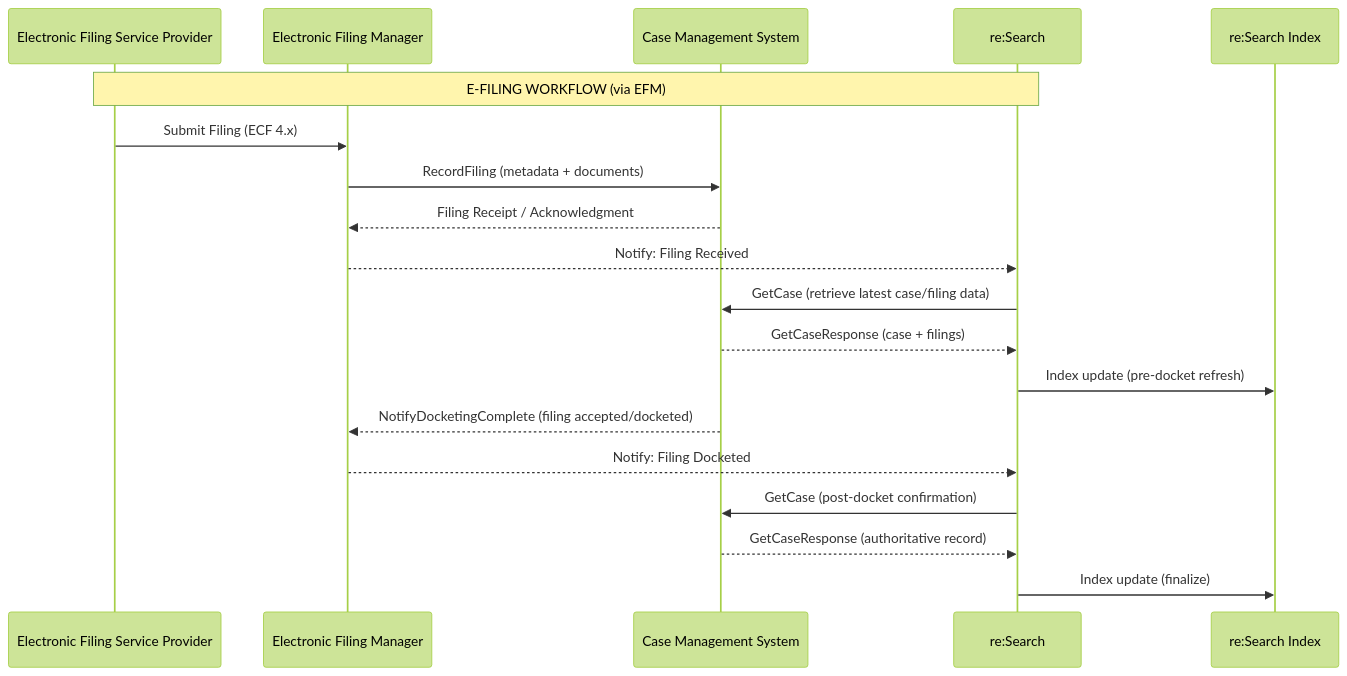
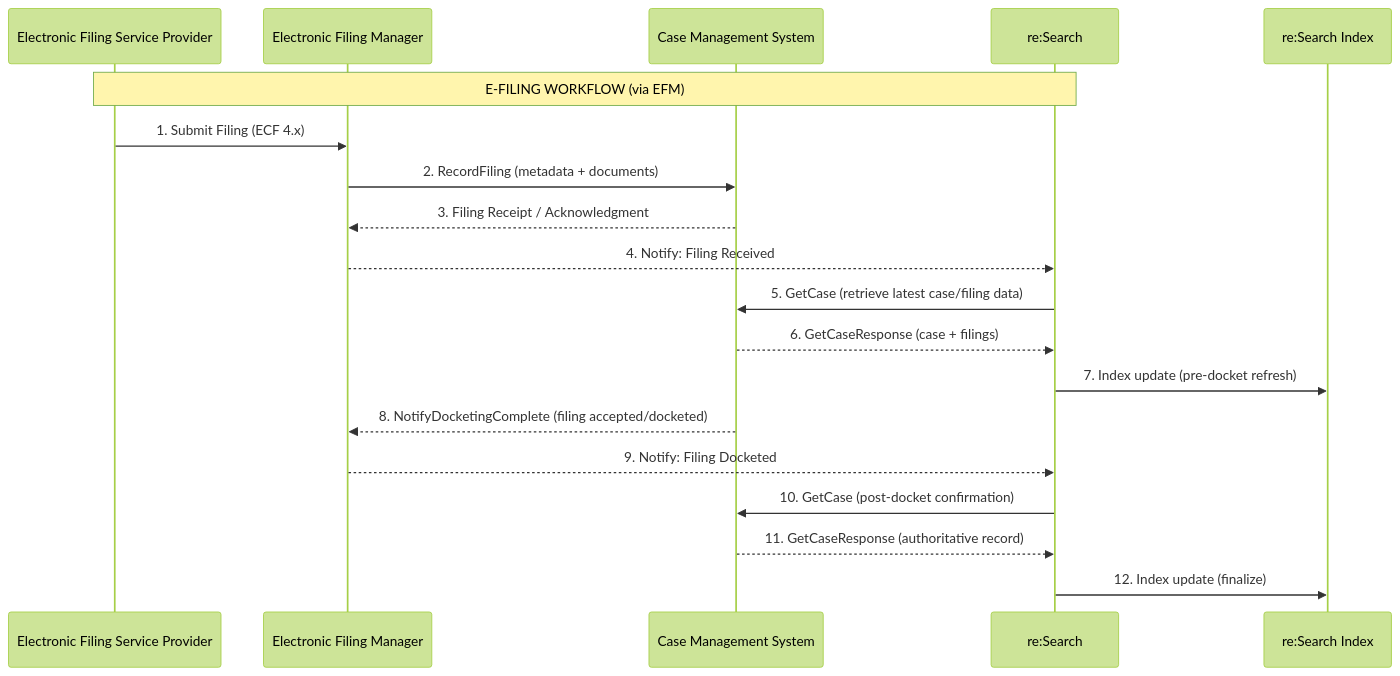
Before and after one commit to bbeltran112-sketch/re-Search-Documentation-Repo: the first of 2 diagrams in client-documentation/integration-modes/ecf-mode-overview.md, drawn with Mermaid (forest theme). The commit also changed other lines of this file and 18 other files, not shown here.

````diff
--- a/client-documentation/integration-modes/ecf-mode-overview.md
+++ b/client-documentation/integration-modes/ecf-mode-overview.md
@@ -63,26 +119,25 @@
 ```mermaid
 sequenceDiagram
     participant EFSP as Electronic Filing Service Provider
     participant EFM  as Electronic Filing Manager
     participant CMS  as Case Management System
     participant RSCH as re:Search
     participant IDX  as re:Search Index
 
-    %% ===================== E-FILING WORKFLOW =====================
     Note over EFSP,RSCH: E-FILING WORKFLOW (via EFM)
 
-    EFSP->>EFM: Submit Filing (ECF 4.x)
-    EFM->>CMS: RecordFiling (metadata + documents)
-    CMS-->>EFM: Filing Receipt / Acknowledgment
+    EFSP->>EFM: 1. Submit Filing (ECF 4.x)
+    EFM->>CMS: 2. RecordFiling (metadata + documents)
+    CMS-->>EFM: 3. Filing Receipt / Acknowledgment
 
-    EFM-->>RSCH: Notify: Filing Received
-    RSCH->>CMS: GetCase (retrieve latest case/filing data)
-    CMS-->>RSCH: GetCaseResponse (case + filings)
-    RSCH->>IDX: Index update (pre-docket refresh)
+    EFM-->>RSCH: 4. Notify: Filing Received
+    RSCH->>CMS: 5. GetCase (retrieve latest case/filing data)
+    CMS-->>RSCH: 6. GetCaseResponse (case + filings)
+    RSCH->>IDX: 7. Index update (pre-docket refresh)
 
-    CMS-->>EFM: NotifyDocketingComplete (filing accepted/docketed)
-    EFM-->>RSCH: Notify: Filing Docketed
-    RSCH->>CMS: GetCase (post-docket confirmation)
-    CMS-->>RSCH: GetCaseResponse (authoritative record)
-    RSCH->>IDX: Index update (finalize)
+    CMS-->>EFM: 8. NotifyDocketingComplete (filing accepted/docketed)
+    EFM-->>RSCH: 9. Notify: Filing Docketed
+    RSCH->>CMS: 10. GetCase (post-docket confirmation)
+    CMS-->>RSCH: 11. GetCaseResponse (authoritative record)
+    RSCH->>IDX: 12. Index update (finalize)
 ```
````
